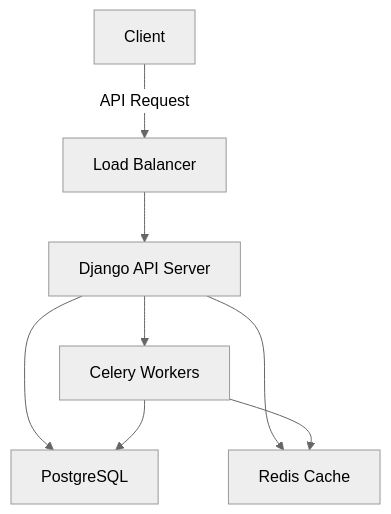
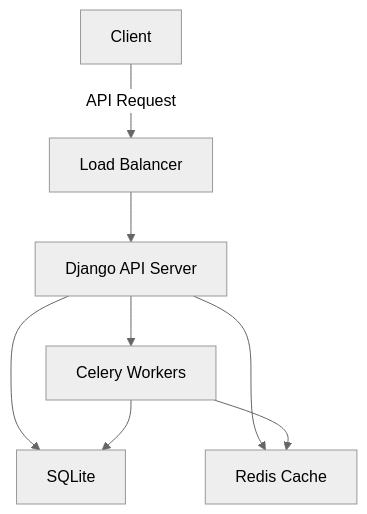
One commit to KathishR/bank changed the diagram in README.md. Above: the diagram before and after it, drawn with Mermaid (neutral theme). The commit also changed other lines of this file, not shown here.

````diff
--- a/README.md
+++ b/README.md
@@ -40,10 +39,10 @@
 ```mermaid
 flowchart TD
     A[Client] -->|API Request| B[Load Balancer]
     B --> C[Django API Server]
-    C --> D[PostgreSQL]
+    C --> D[SQLite]
     C --> E[Redis Cache]
     C --> F[Celery Workers]
     F --> D
     F --> E
 ```
````
